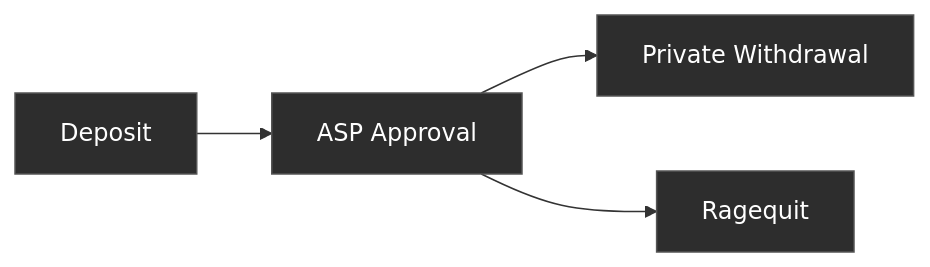
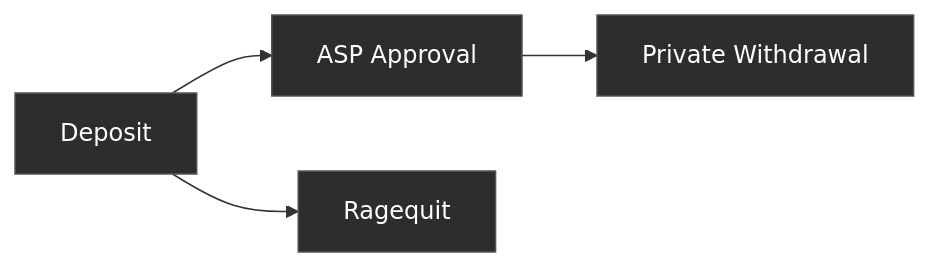
Before and after one commit to 0xmatthewb/privacy-pools-core: the diagram in docs/docs/protocol/overview.md, drawn with Mermaid. The commit also changed other lines of this file, not shown here.

Commit message:
docs: fix lifecycle diagram to show ragequit from deposit
Ragequit branches directly from Deposit, not from ASP Approval.
The original diagram implied ragequit requires ASP approval, which
contradicts the protocol: ragequit is available at any time.

````diff
--- a/docs/docs/protocol/overview.md
+++ b/docs/docs/protocol/overview.md
@@ -10,10 +10,10 @@
 ```mermaid
 flowchart LR
     D["Deposit"] --> A["ASP Approval"]
     A --> W["Private Withdrawal"]
-    A --> R["Ragequit"]
+    D --> R["Ragequit"]
     style D fill:#2d2d2d,stroke:#555,color:#fff
     style A fill:#2d2d2d,stroke:#555,color:#fff
     style W fill:#2d2d2d,stroke:#555,color:#fff
     style R fill:#2d2d2d,stroke:#555,color:#fff
 ```
````
